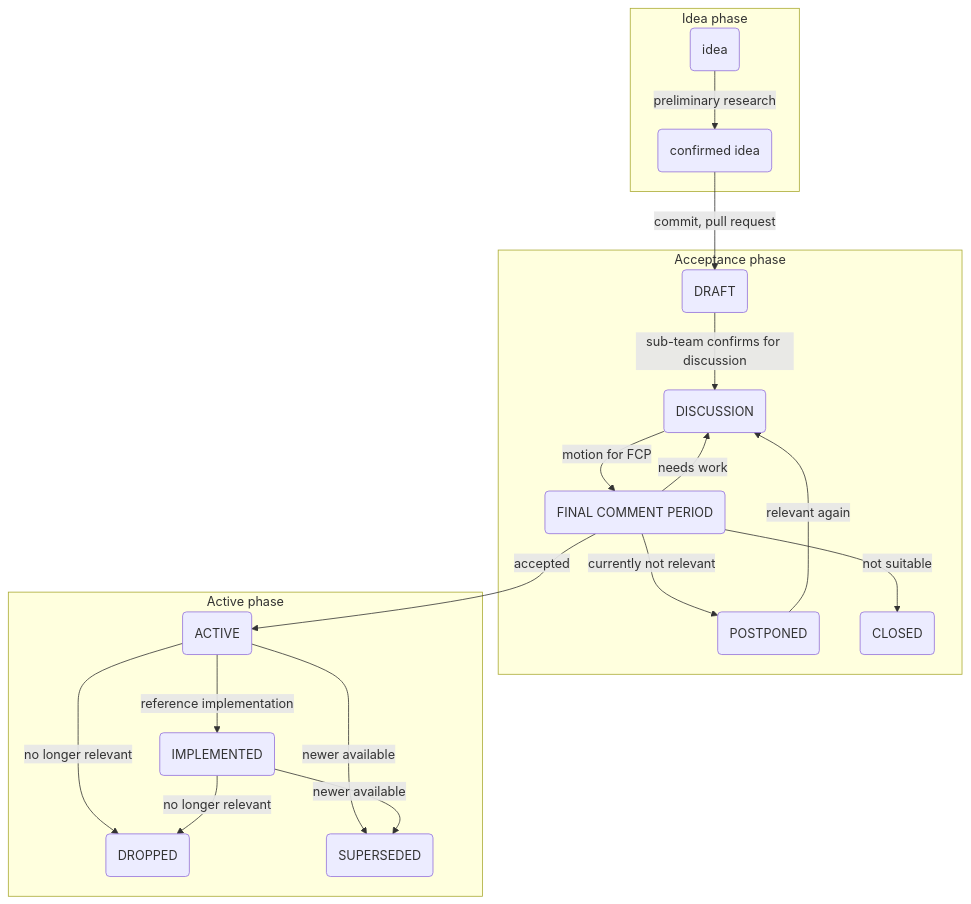
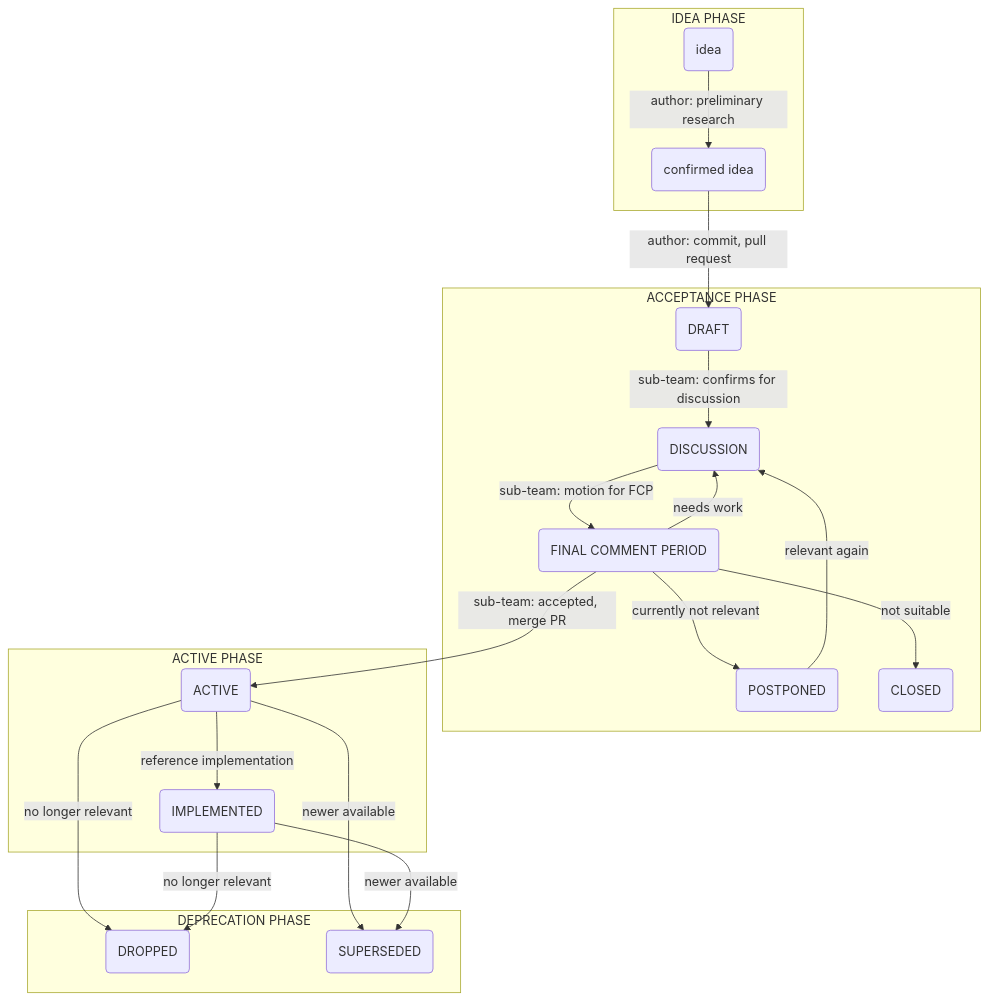
One commit to fairDataSociety/FIPs changed the diagram in resources/FIP-lifecycle.md. Above: the diagram before and after it, drawn with Mermaid.

Commit message:
added roles
added roles, where PR happens

````diff
--- a/resources/FIP-lifecycle.md
+++ b/resources/FIP-lifecycle.md
@@ -7,62 +7,64 @@
 ```mermaid
 graph TD
 
 
-subgraph Idea phase
+subgraph IDEA PHASE
     -1(idea)
 
     0(confirmed idea)
 end
 
-subgraph Acceptance phase
+subgraph ACCEPTANCE PHASE
     a(DRAFT )
 
     b(DISCUSSION)
 
     c(POSTPONED)
 
     d(FINAL COMMENT PERIOD)
 
     e(CLOSED)
 end
 
-subgraph Active phase
+subgraph ACTIVE PHASE
     f(ACTIVE)
 
     g(IMPLEMENTED)
+end
 
+subgraph DEPRECATION PHASE
     h(DROPPED)
 
     i(SUPERSEDED)
 end
 
 
--1 -- preliminary research --> 0
+-1 -- author: preliminary research --> 0
 
-0 -- commit, pull request -->a
+0 -- author: commit, pull request -->a
 
-a -- sub-team confirms for discussion --> b
+a -- sub-team: confirms for discussion --> b
 
-b -- motion for FCP --> d
+b -- sub-team: motion for FCP --> d
 
 d -- not suitable --> e
 
 d -- currently not relevant --> c
 
-d -- accepted --> f
+d -- sub-team: accepted, merge PR --> f
 
 f -- reference implementation --> g
 
 f -- no longer relevant --> h
 
 g -- no longer relevant --> h
 
 f -- newer available --> i
 
 g -- newer available --> i
 
 d -- needs work --> b
 
 c -- relevant again --> b
 
 ```
````
